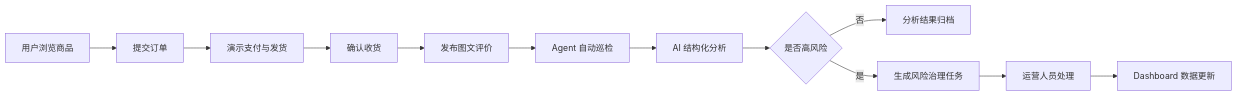
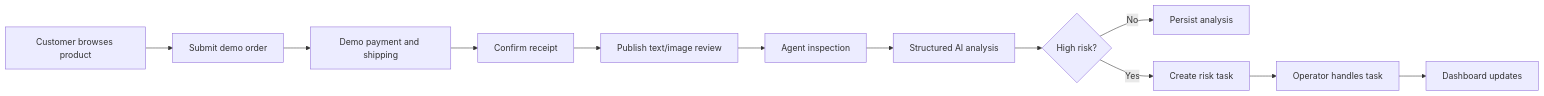
One commit to dafenqirunrunrun/e-review-agent changed the first of 2 diagrams in README.md. Above: the diagram before and after it, drawn with Mermaid. The commit also changed other lines of this file and 1 other file, not shown here.

````diff
--- a/README.md
+++ b/README.md
@@ -41,14 +42,14 @@
 ```mermaid
 flowchart LR
-    A["用户浏览商品"] --> B["提交订单"]
-    B --> C["演示支付与发货"]
-    C --> D["确认收货"]
-    D --> E["发布图文评价"]
-    E --> F["Agent 自动巡检"]
-    F --> G["AI 结构化分析"]
-    G --> H{"是否高风险"}
-    H -- "否" --> I["分析结果归档"]
-    H -- "是" --> J["生成风险治理任务"]
-    J --> K["运营人员处理"]
-    K --> L["Dashboard 数据更新"]
+    A["Customer browses product"] --> B["Submit demo order"]
+    B --> C["Demo payment and shipping"]
+    C --> D["Confirm receipt"]
+    D --> E["Publish text/image review"]
+    E --> F["Agent inspection"]
+    F --> G["Structured AI analysis"]
+    G --> H{"High risk?"}
+    H -- "No" --> I["Persist analysis"]
+    H -- "Yes" --> J["Create risk task"]
+    J --> K["Operator handles task"]
+    K --> L["Dashboard updates"]
 ```
````
